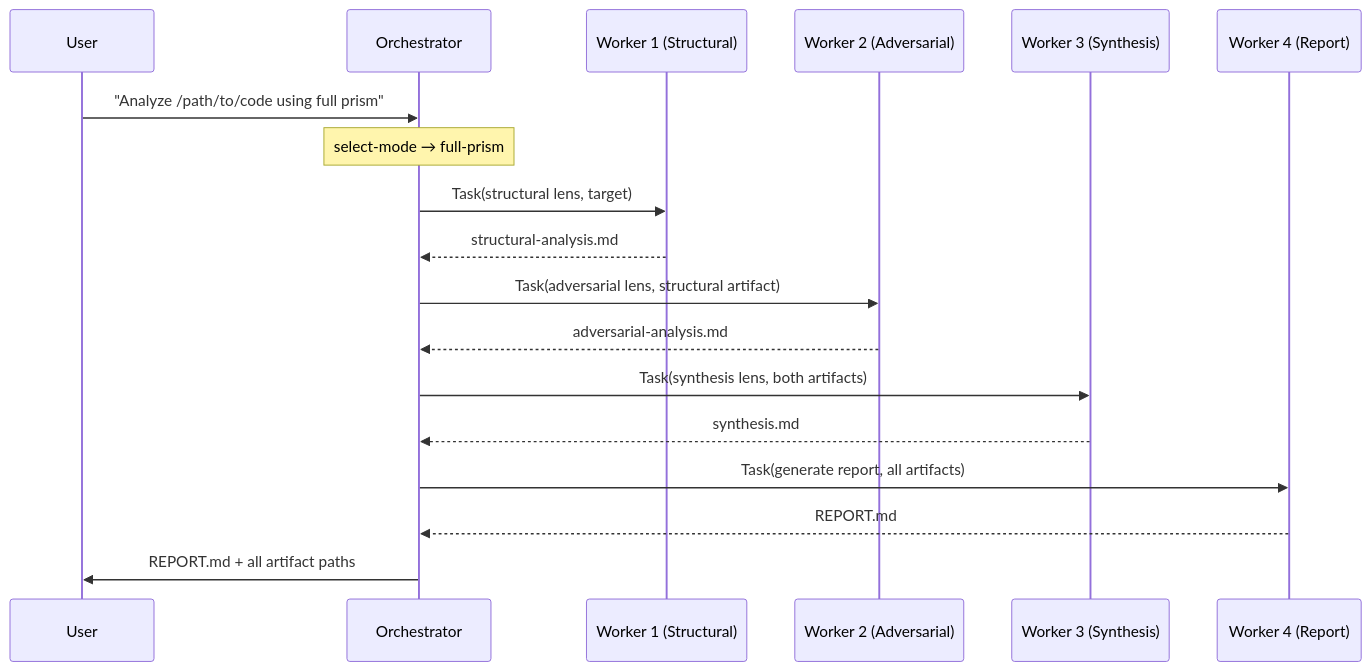
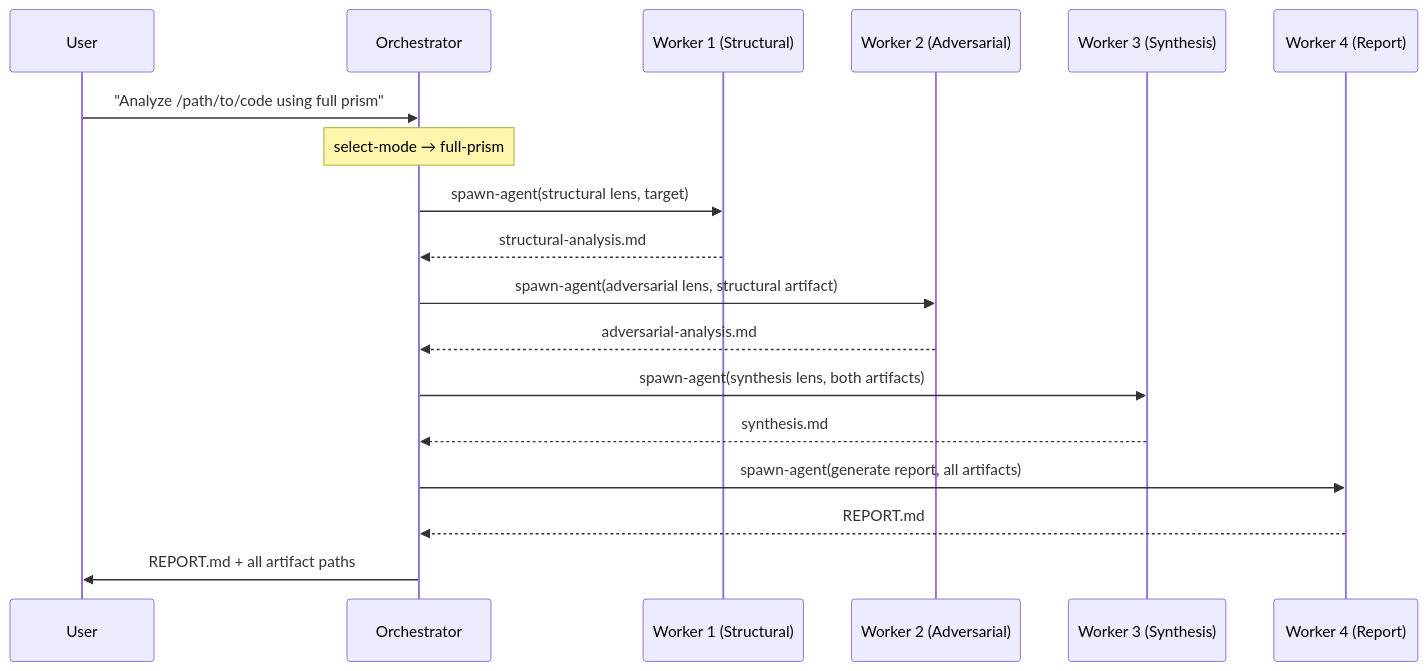
Before and after one commit to m2ux/workflow-server: the second of 2 diagrams in prism/README.md, drawn with Mermaid. The commit also changed 20 other files, not shown here.

````diff
--- a/prism/README.md
+++ b/prism/README.md
@@ -224,26 +224,26 @@
 ```mermaid
 sequenceDiagram
     participant User
     participant Orch as Orchestrator
     participant W1 as Worker 1 (Structural)
     participant W2 as Worker 2 (Adversarial)
     participant W3 as Worker 3 (Synthesis)
     participant W4 as Worker 4 (Report)
 
     User->>Orch: "Analyze /path/to/code using full prism"
     Note over Orch: select-mode → full-prism
 
-    Orch->>W1: Task(structural lens, target)
+    Orch->>W1: spawn-agent(structural lens, target)
     W1-->>Orch: structural-analysis.md
 
-    Orch->>W2: Task(adversarial lens, structural artifact)
+    Orch->>W2: spawn-agent(adversarial lens, structural artifact)
     W2-->>Orch: adversarial-analysis.md
 
-    Orch->>W3: Task(synthesis lens, both artifacts)
+    Orch->>W3: spawn-agent(synthesis lens, both artifacts)
     W3-->>Orch: synthesis.md
 
-    Orch->>W4: Task(generate report, all artifacts)
+    Orch->>W4: spawn-agent(generate report, all artifacts)
     W4-->>Orch: REPORT.md
 
     Orch->>User: REPORT.md + all artifact paths
 ```
````
